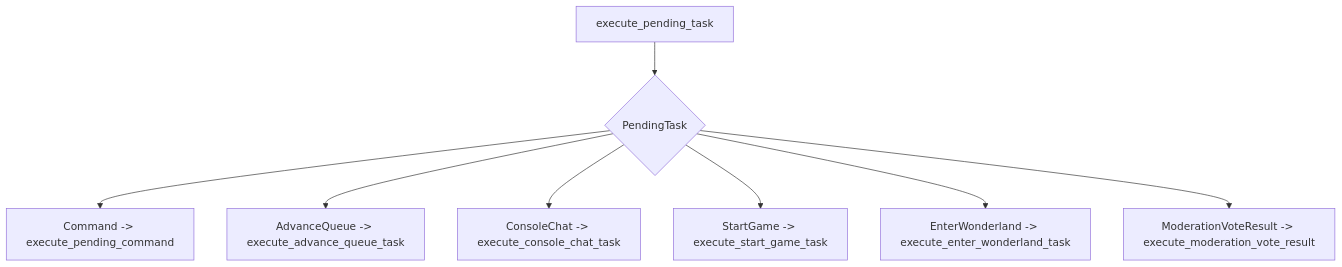
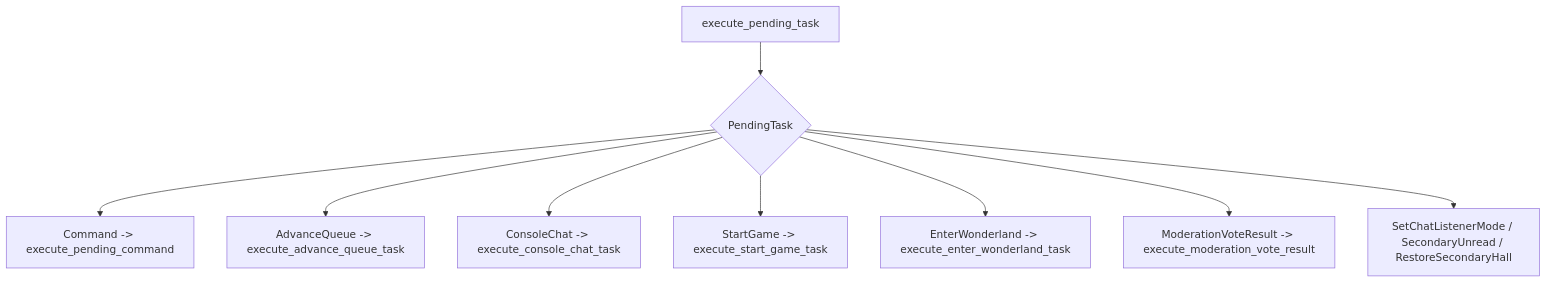
One commit to XingNian-www/Miliastra-Wonderland-Music changed the second of 4 diagrams in docs/executor-flow.md. Above: the diagram before and after it, drawn with Mermaid. The commit also changed other lines of this file and 16 other files, not shown here.

````diff
--- a/docs/executor-flow.md
+++ b/docs/executor-flow.md
@@ -136,10 +139,11 @@
 ```mermaid
 flowchart TD
     A["execute_pending_task"] --> B{"PendingTask"}
     B --> C["Command -> execute_pending_command"]
     B --> D["AdvanceQueue -> execute_advance_queue_task"]
     B --> E["ConsoleChat -> execute_console_chat_task"]
     B --> F["StartGame -> execute_start_game_task"]
     B --> G["EnterWonderland -> execute_enter_wonderland_task"]
     B --> H["ModerationVoteResult -> execute_moderation_vote_result"]
+    B --> I["SetChatListenerMode / SecondaryUnread / RestoreSecondaryHall"]
 ```
````
